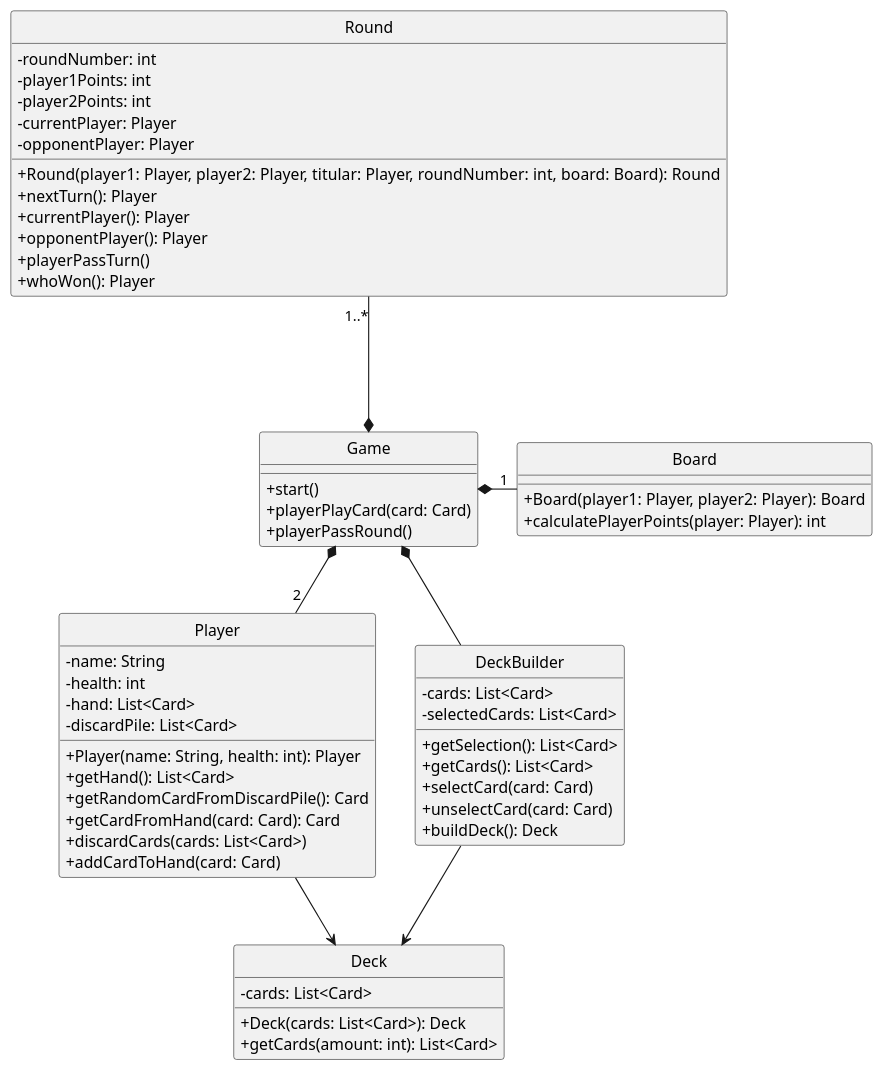
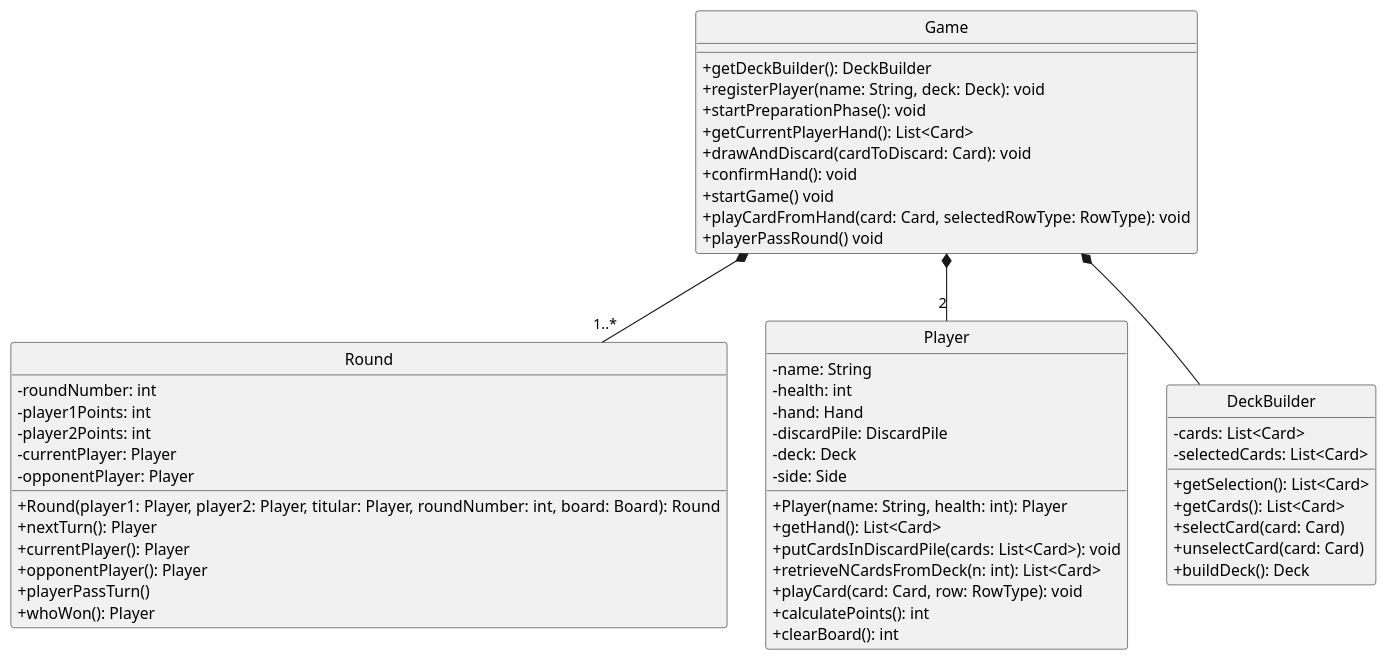
One commit to Yonhir/algo3_proyecto_base_tp2 changed the diagram in diagrams/classes/game.plantuml. Above: the diagram before and after it, drawn with PlantUML. The commit also changed 12 other files, not shown here.

Commit message:
Issue 14 - Actualización diagramas (#9)

```diff
--- a/diagrams/classes/game.plantuml
+++ b/diagrams/classes/game.plantuml
@@ -1,81 +1,70 @@
 @startuml
 
 skinparam monochrome true
 hide circle
 skinparam classAttributeIconSize 0
-' =====================
-' DECK & PLAYER
-' =====================
 
 ' =====================
-' GAME & BOARD
+' GAME
 ' =====================
 class Game {
-  +start()
-  +playerPlayCard(card: Card)
-  +playerPassRound()
-}
-
-class Board {
-  +Board(player1: Player, player2: Player): Board
-  +calculatePlayerPoints(player: Player): int
+  +getDeckBuilder(): DeckBuilder
+  +registerPlayer(name: String, deck: Deck): void
+  +startPreparationPhase(): void
+  +getCurrentPlayerHand(): List<Card>
+  +drawAndDiscard(cardToDiscard: Card): void
+  +confirmHand(): void
+  +startGame() void
+  +playCardFromHand(card: Card, selectedRowType: RowType): void
+  +playerPassRound() void
 }
 
 class Round {
   -roundNumber: int
   -player1Points: int
   -player2Points: int
   -currentPlayer: Player
   -opponentPlayer: Player
   +Round(player1: Player, player2: Player, titular: Player, roundNumber: int, board: Board): Round
   +nextTurn(): Player
   +currentPlayer(): Player
   +opponentPlayer(): Player
   +playerPassTurn()
   +whoWon(): Player
 }
 
 class Player {
   -name: String
   -health: int
-  -hand: List<Card>
-  -discardPile: List<Card>
+  -hand: Hand
+  -discardPile: DiscardPile
+  -deck: Deck
+  -side: Side
   +Player(name: String, health: int): Player
   +getHand(): List<Card>
-  +getRandomCardFromDiscardPile(): Card
-  +getCardFromHand(card: Card): Card
-  +discardCards(cards: List<Card>)
-  +addCardToHand(card: Card)
-}
-
-class Deck {
-  -cards: List<Card>
-  +Deck(cards: List<Card>): Deck
-  +getCards(amount: int): List<Card>
+  +putCardsInDiscardPile(cards: List<Card>): void
+  +retrieveNCardsFromDeck(n: int): List<Card>
+  +playCard(card: Card, row: RowType): void
+  +calculatePoints(): int
+  +clearBoard(): int
 }
 
 class DeckBuilder {
   -cards: List<Card>
   -selectedCards: List<Card>
   +getSelection(): List<Card>
   +getCards(): List<Card>
   +selectCard(card: Card)
   +unselectCard(card: Card)
   +buildDeck(): Deck
 }
+
 ' =====================
 ' RELATIONSHIPS
 ' =====================
 
-Round "1..*" ---* Game 
-Game *- "1" Board
-Game *- "2" Player
+Game *-- "1..*" Round
+Game *-- "2" Player
 Game *-- DeckBuilder
-DeckBuilder --> Deck
-Player --> Deck
-
-
-
-
 
 @enduml
```
